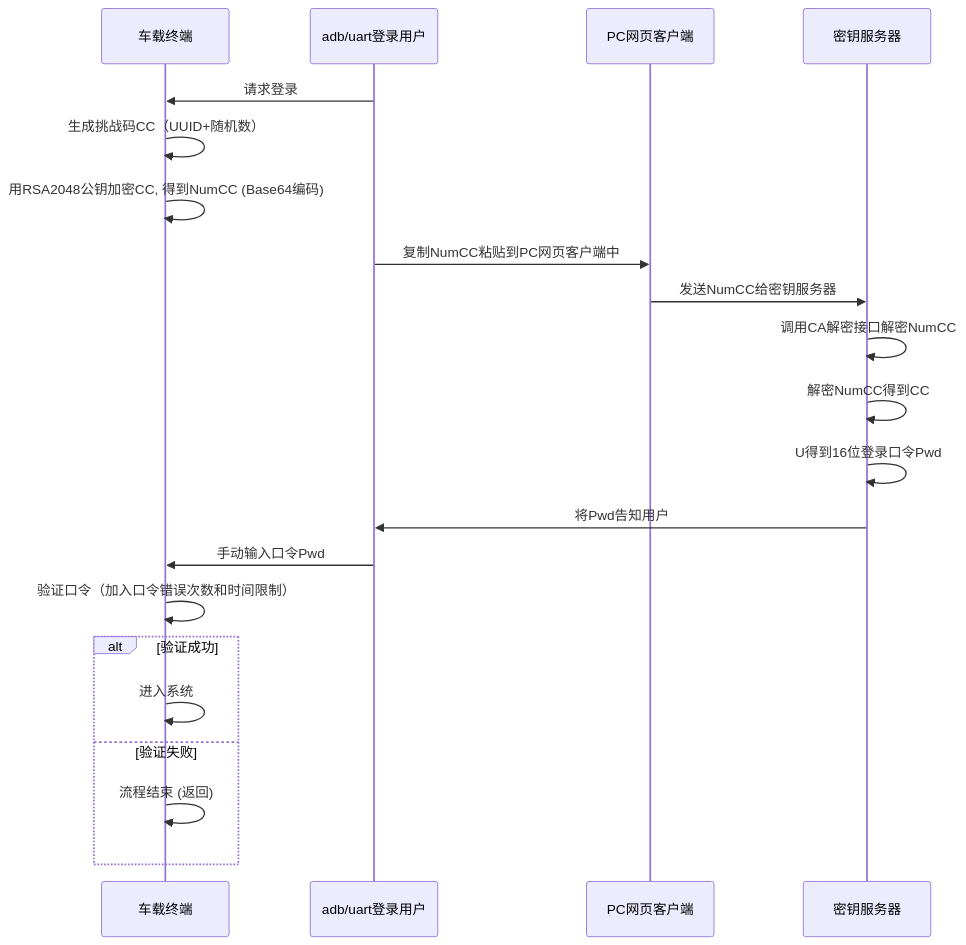
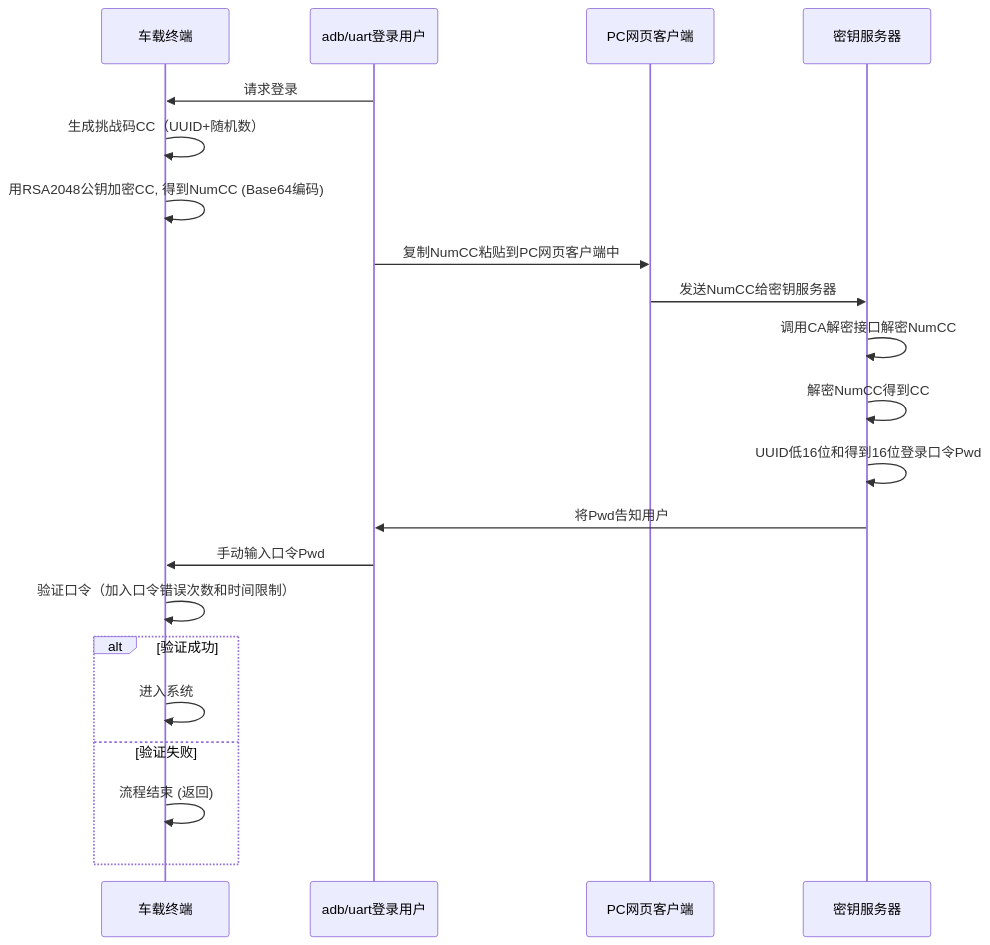
The diagram in all/未命名-14.md (facebook-cloud/iodraw-files), drawn with Mermaid before and after one commit.

Commit message:
2026-02-03 13:34:20 update

````diff
--- a/all/未命名-14.md
+++ b/all/未命名-14.md
@@ -1,27 +1,27 @@
 ```mermaid
 sequenceDiagram
     participant tbox as 车载终端
     participant user as adb/uart登录用户
     participant pc as PC网页客户端
     participant tech_center as 密钥服务器
   
 
     user->>tbox: 请求登录
     tbox->>tbox: 生成挑战码CC（UUID+随机数）
     tbox->>tbox: 用RSA2048公钥加密CC, 得到NumCC (Base64编码)
     user->>pc: 复制NumCC粘贴到PC网页客户端中
     pc->>tech_center: 发送NumCC给密钥服务器
     tech_center->>tech_center: 调用CA解密接口解密NumCC
     tech_center->>tech_center: 解密NumCC得到CC
-    tech_center->>tech_center: U得到16位登录口令Pwd
+    tech_center->>tech_center: UUID低16位和得到16位登录口令Pwd
     tech_center->>user: 将Pwd告知用户
     user->>tbox: 手动输入口令Pwd
     tbox->>tbox: 验证口令（加入口令错误次数和时间限制）
     alt 验证成功
         tbox->>tbox: 进入系统
     else 验证失败
         tbox->>tbox: 流程结束 (返回)
     end
 
 
 ```
````
